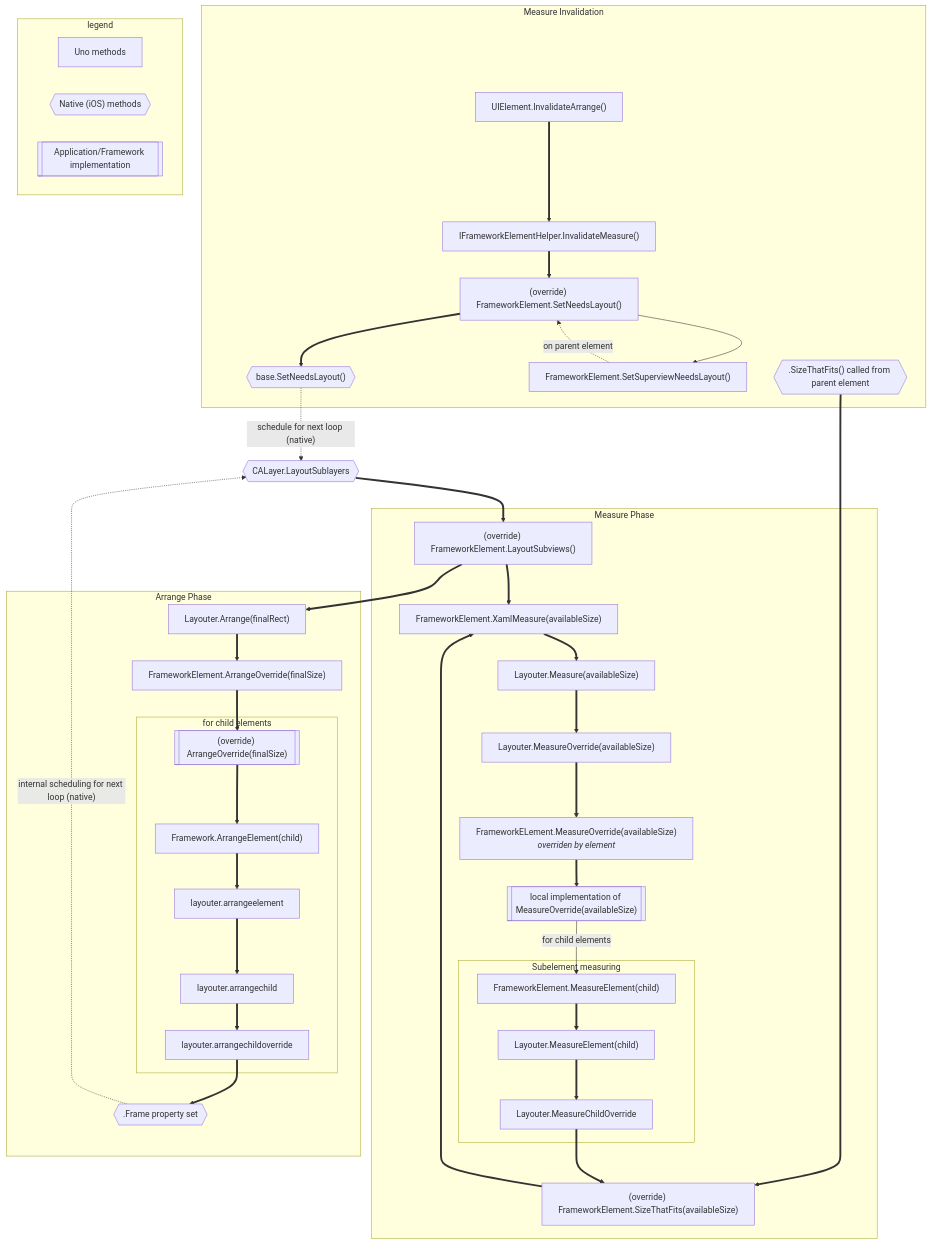
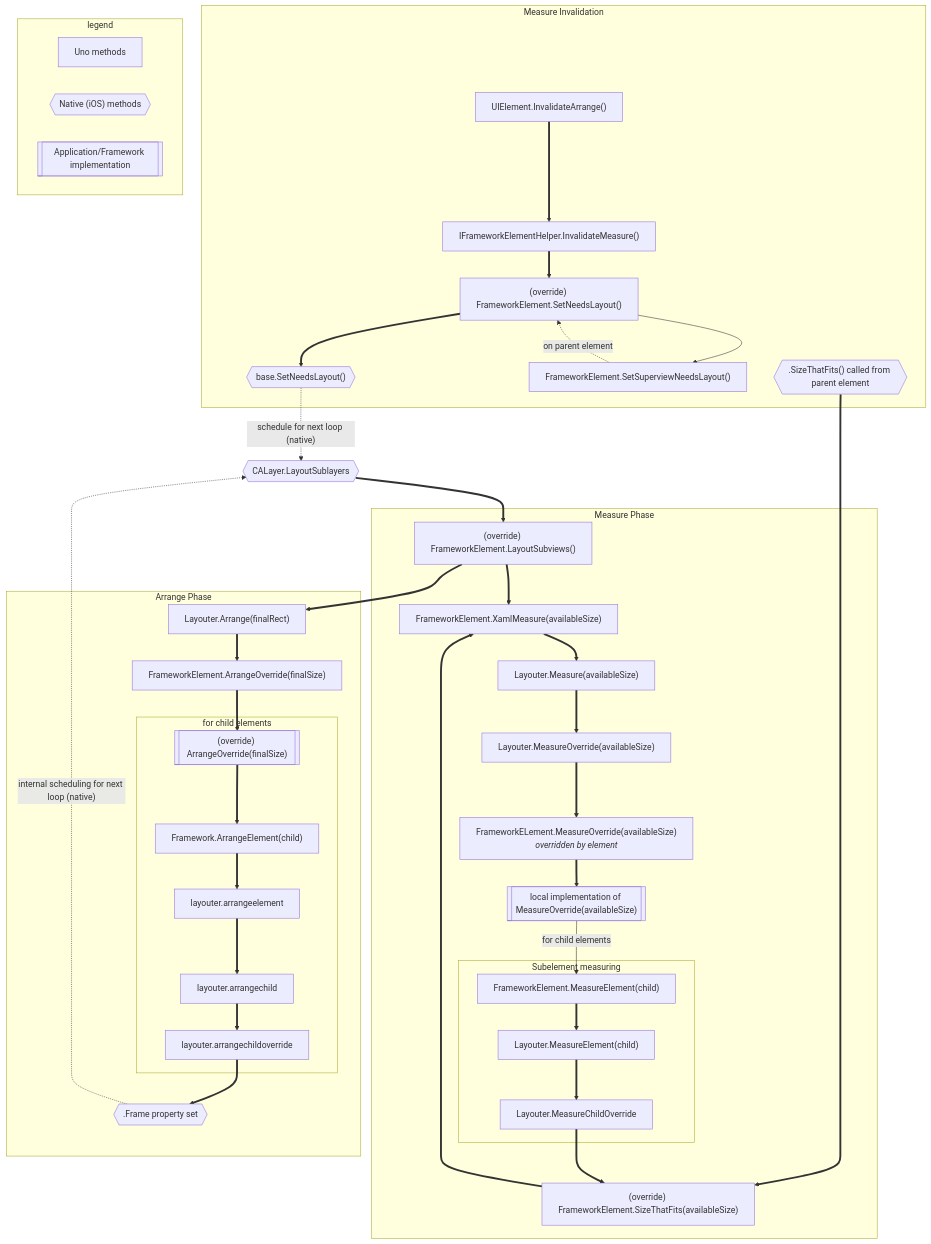
Before and after one commit to unoplatform/uno: the diagram in doc/articles/uno-development/Uno-UI-Layouting-iOS.md, drawn with Mermaid. The commit also changed 92 other files, not shown here.

```diff
--- a/doc/articles/uno-development/Uno-UI-Layouting-iOS.md
+++ b/doc/articles/uno-development/Uno-UI-Layouting-iOS.md
@@ -32,7 +32,7 @@
     xamlmeasure["FrameworkElement.XamlMeasure(availableSize)"]
     layouter.measure["Layouter.Measure(availableSize)"]
     layouter.measureoverride["Layouter.MeasureOverride(availableSize)"]
-    measureoverride["FrameworkELement.MeasureOverride(availableSize)<br><em>overriden by element</em>"]
+    measureoverride["FrameworkELement.MeasureOverride(availableSize)<br><em>overridden by element</em>"]
     appmeasureoverrride[["local implementation of MeasureOverride(availableSize)<br>"]]
 
     subgraph Subelement measuring
```
